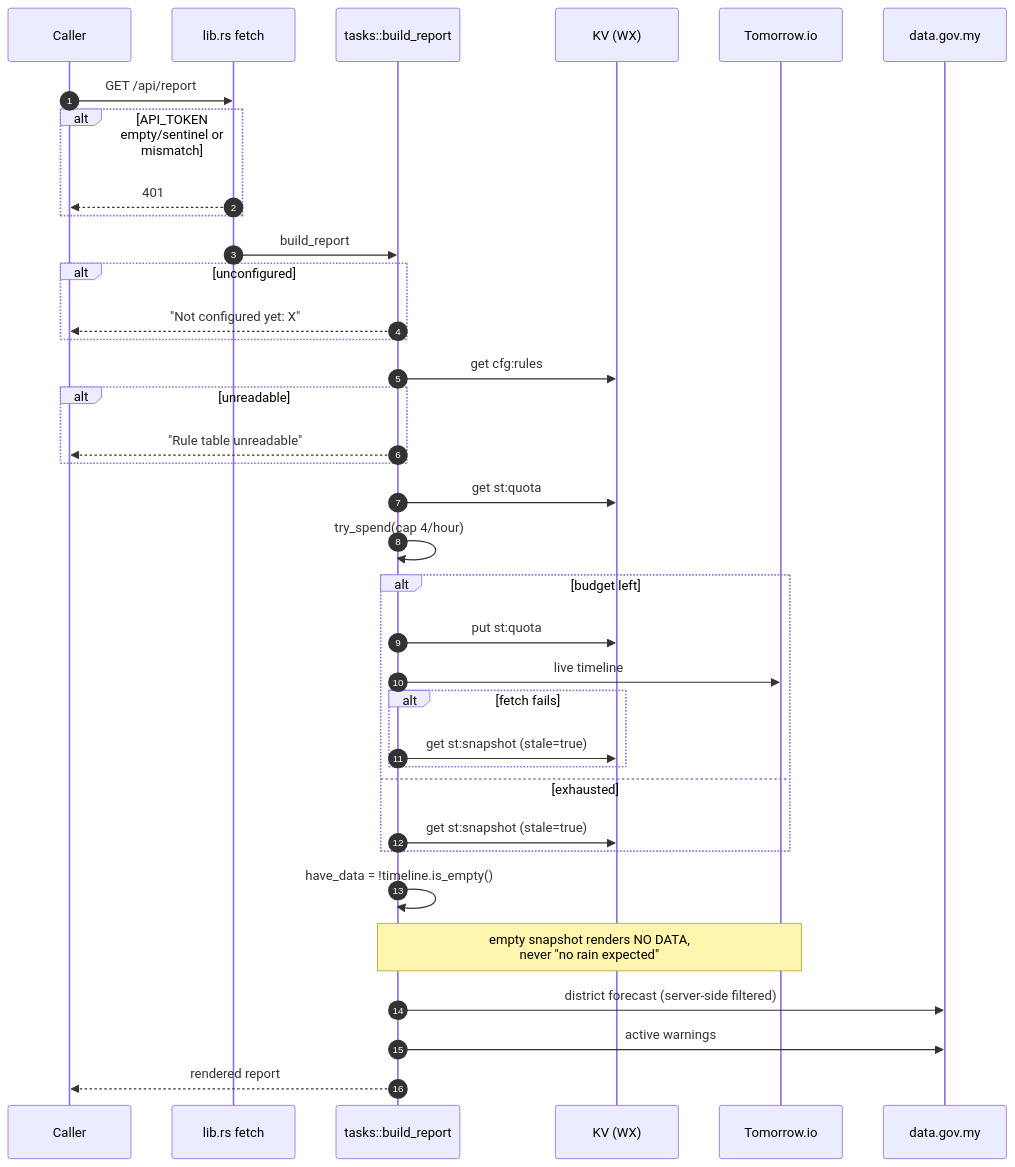
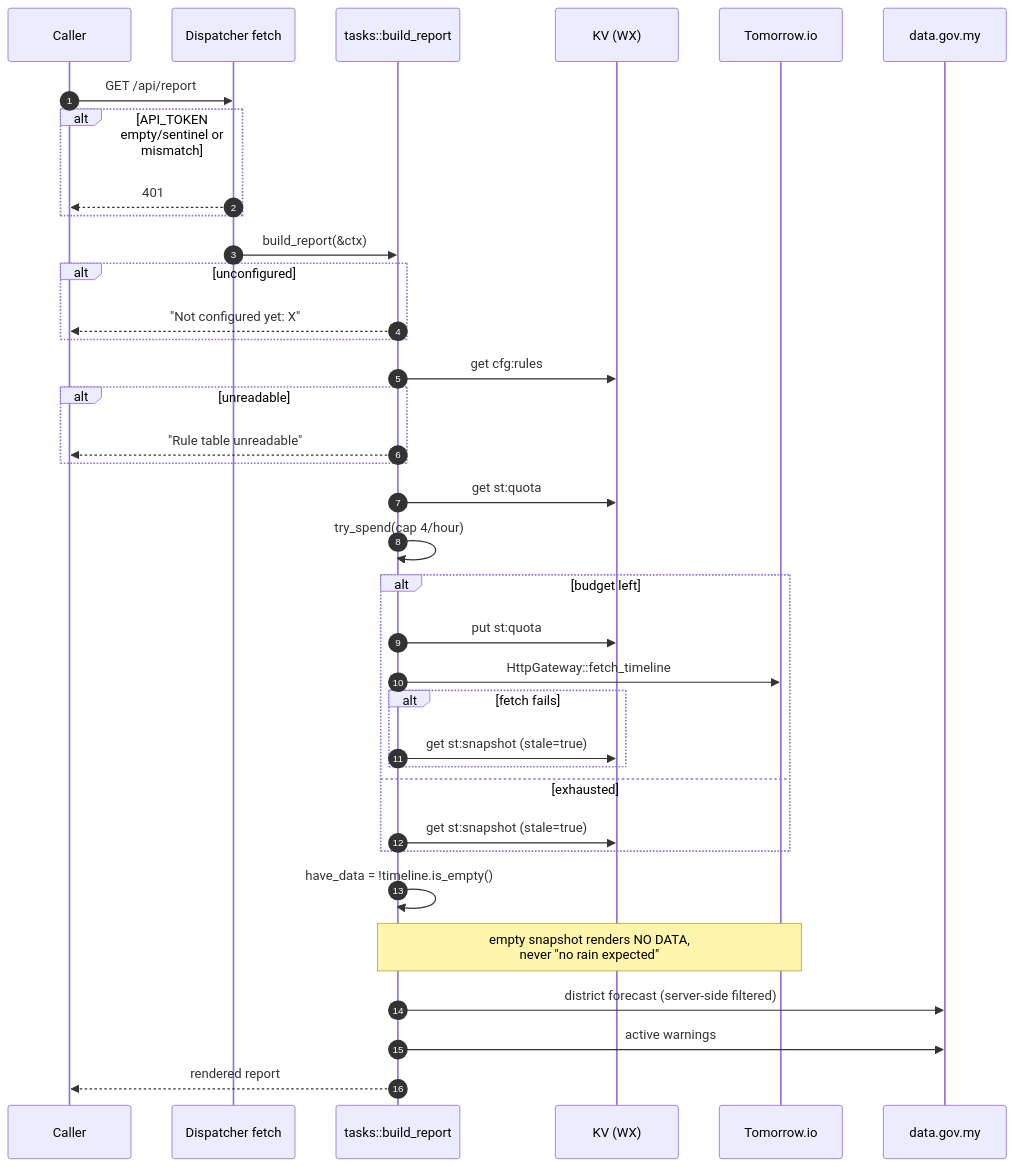
The fourth of 6 diagrams in FLOW.md (henius98/WeatherAlert), drawn with Mermaid before and after one commit. The commit also changed other lines of this file and 16 other files, not shown here.

First line of the commit message:
refactor(arch): deepen error handling, alert engine, dispatcher, and http gateway

````diff
--- a/FLOW.md
+++ b/FLOW.md
@@ -216,42 +215,42 @@
 ```mermaid
 sequenceDiagram
     autonumber
     participant U as Caller
-    participant W as lib.rs fetch
+    participant W as Dispatcher fetch
     participant T as tasks::build_report
     participant KV as KV (WX)
     participant API as Tomorrow.io
     participant MET as data.gov.my
 
     U->>W: GET /api/report
     alt API_TOKEN empty/sentinel or mismatch
         W-->>U: 401
     end
 
-    W->>T: build_report
+    W->>T: build_report(&ctx)
     alt unconfigured
         T-->>U: "Not configured yet: X"
     end
     T->>KV: get cfg:rules
     alt unreadable
         T-->>U: "Rule table unreadable"
     end
 
     T->>KV: get st:quota
     T->>T: try_spend(cap 4/hour)
     alt budget left
         T->>KV: put st:quota
-        T->>API: live timeline
+        T->>API: HttpGateway::fetch_timeline
         alt fetch fails
             T->>KV: get st:snapshot (stale=true)
         end
     else exhausted
         T->>KV: get st:snapshot (stale=true)
     end
 
     T->>T: have_data = !timeline.is_empty()
     Note over T,API: empty snapshot renders NO DATA,<br/>never "no rain expected"
     T->>MET: district forecast (server-side filtered)
     T->>MET: active warnings
     T-->>U: rendered report
 ```
````
